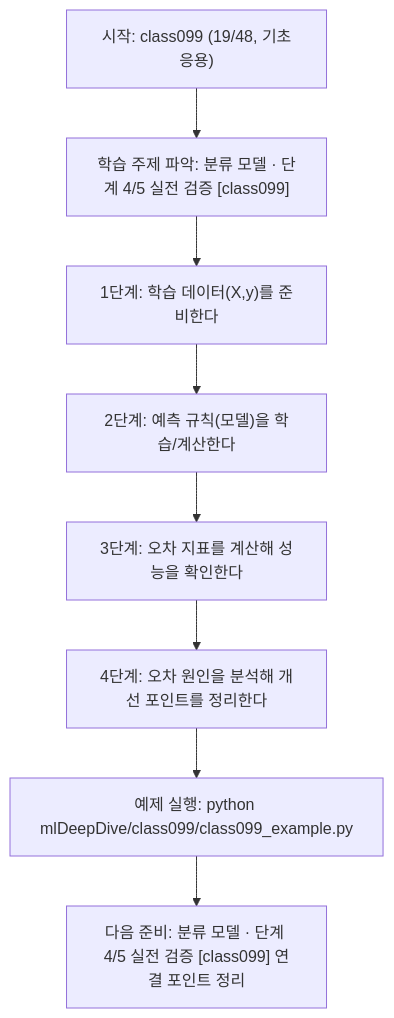
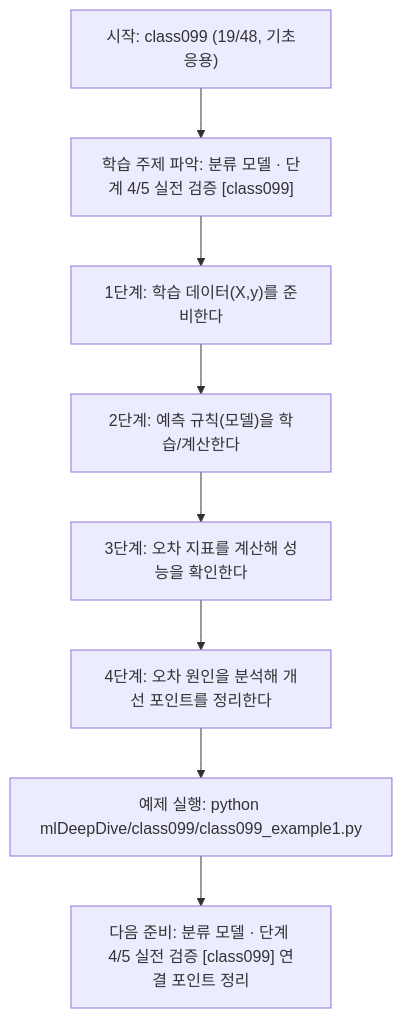
The diagram in mlDeepDive/class099/class099.md (edumgt/Python-AI_Agent-Class), drawn with Mermaid before and after one commit. The commit also changed other lines of this file and 2959 other files, not shown here.

````diff
--- a/mlDeepDive/class099/class099.md
+++ b/mlDeepDive/class099/class099.md
@@ -109,18 +109,18 @@
 ```mermaid
 flowchart TD
 N1["시작: class099 (19/48, 기초응용)"]
 N2["학습 주제 파악: 분류 모델 · 단계 4/5 실전 검증 [class099]"]
 N3["1단계: 학습 데이터(X,y)를 준비한다"]
 N4["2단계: 예측 규칙(모델)을 학습/계산한다"]
 N5["3단계: 오차 지표를 계산해 성능을 확인한다"]
 N6["4단계: 오차 원인을 분석해 개선 포인트를 정리한다"]
-N7["예제 실행: python mlDeepDive/class099/class099_example.py"]
+N7["예제 실행: python mlDeepDive/class099/class099_example1.py"]
 N8["다음 준비: 분류 모델 · 단계 4/5 실전 검증 [class099] 연결 포인트 정리"]
 N1 --> N2
 N2 --> N3
 N3 --> N4
 N4 --> N5
 N5 --> N6
 N6 --> N7
 N7 --> N8
 ```
````
